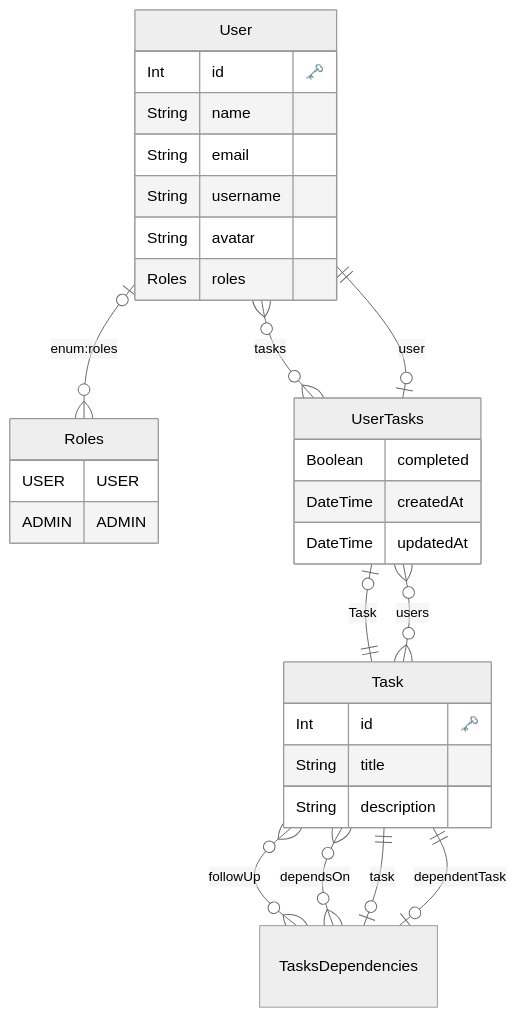
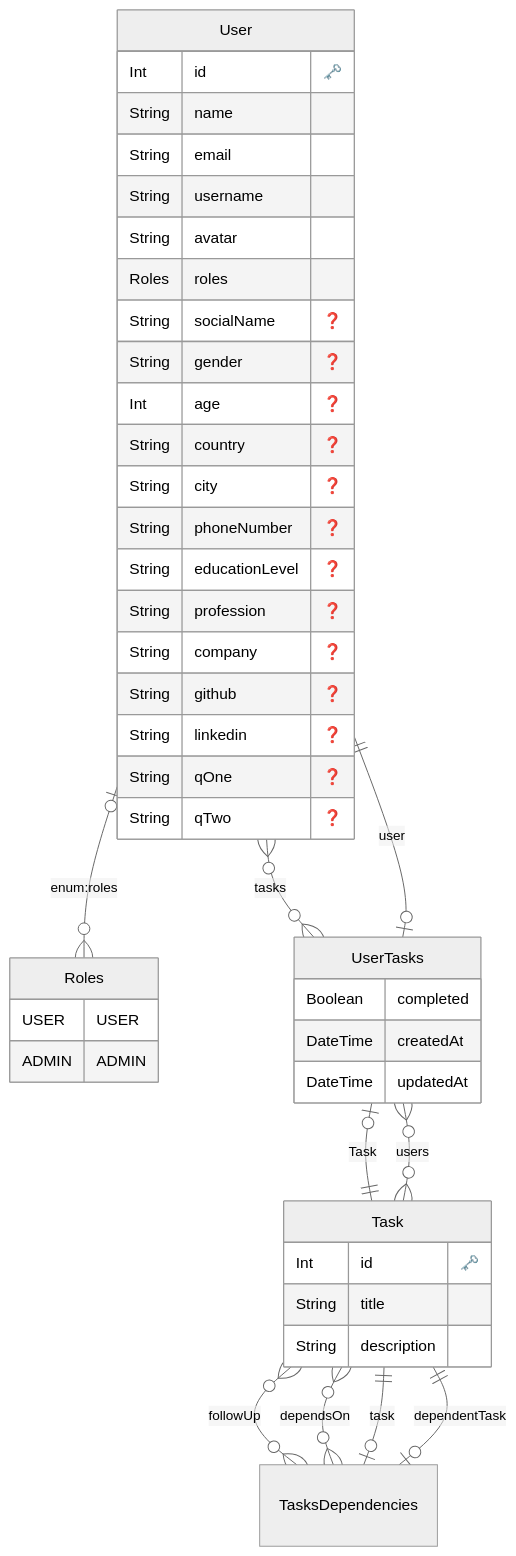
The diagram in prisma/erd.md (podcodar/app), drawn with Mermaid (neutral theme) before and after one commit. The commit also changed 2 other files, not shown here.

Commit message:
enh: change prisma schema and migrate Co-authored-by: vitorschelb <vitoraiala@gmail.com>

````diff
--- a/prisma/erd.md
+++ b/prisma/erd.md
@@ -1,46 +1,59 @@
 ```mermaid
 erDiagram
 
         Roles {
             USER USER
 ADMIN ADMIN
         }
     
   "User" {
     Int id "🗝️"
     String name 
     String email 
     String username 
     String avatar 
     Roles roles 
+    String socialName "❓"
+    String gender "❓"
+    Int age "❓"
+    String country "❓"
+    String city "❓"
+    String phoneNumber "❓"
+    String educationLevel "❓"
+    String profession "❓"
+    String company "❓"
+    String github "❓"
+    String linkedin "❓"
+    String qOne "❓"
+    String qTwo "❓"
     }
   
 
   "Task" {
     Int id "🗝️"
     String title 
     String description 
     }
   
 
   "UserTasks" {
     Boolean completed 
     DateTime createdAt 
     DateTime updatedAt 
     }
   
 
   "TasksDependencies" {
 
     }
   
     "User" o|--}o "Roles" : "enum:roles"
     "User" o{--}o "UserTasks" : "tasks"
     "Task" o{--}o "UserTasks" : "users"
     "Task" o{--}o "TasksDependencies" : "followUp"
     "Task" o{--}o "TasksDependencies" : "dependsOn"
     "UserTasks" o|--|| "User" : "user"
     "UserTasks" o|--|| "Task" : "Task"
     "TasksDependencies" o|--|| "Task" : "task"
     "TasksDependencies" o|--|| "Task" : "dependentTask"
 ```
````
